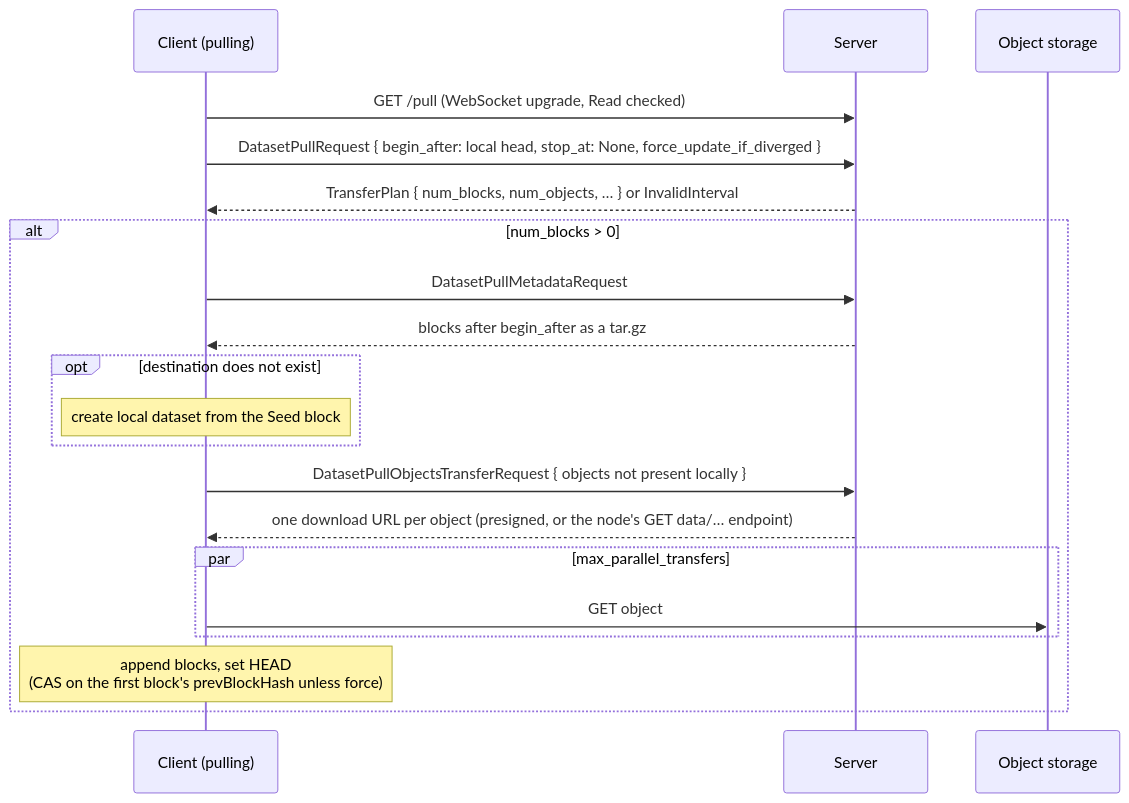
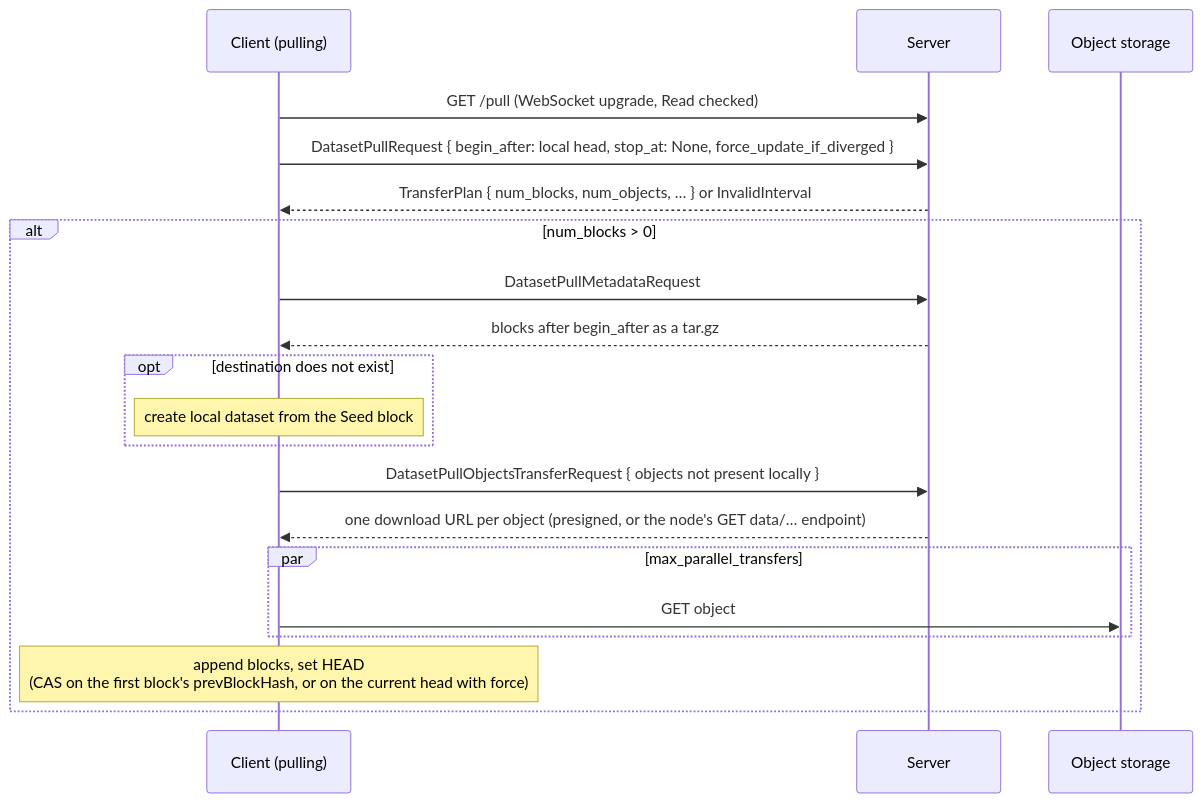
The second of 3 diagrams in docs/internal/dataset-sync.md (kamu-data/kamu-cli), drawn with Mermaid before and after one commit. The commit also changed other lines of this file and 36 other files, not shown here.

Commit message:
DS1.4: push ingest, set watermark and metadata batch append commit HEAD via DatasetHeadCommitter

````diff
--- a/docs/internal/dataset-sync.md
+++ b/docs/internal/dataset-sync.md
@@ -245,22 +248,22 @@
 ```mermaid
 sequenceDiagram
     participant C as Client (pulling)
     participant S as Server
     participant O as Object storage
     C->>S: GET /pull (WebSocket upgrade, Read checked)
     C->>S: DatasetPullRequest { begin_after: local head, stop_at: None, force_update_if_diverged }
     S-->>C: TransferPlan { num_blocks, num_objects, … } or InvalidInterval
     alt num_blocks > 0
         C->>S: DatasetPullMetadataRequest
         S-->>C: blocks after begin_after as a tar.gz
         opt destination does not exist
             Note over C: create local dataset from the Seed block
         end
         C->>S: DatasetPullObjectsTransferRequest { objects not present locally }
         S-->>C: one download URL per object (presigned, or the node's GET data/… endpoint)
         par max_parallel_transfers
             C->>O: GET object
         end
-        Note over C: append blocks, set HEAD<br/>(CAS on the first block's prevBlockHash unless force)
+        Note over C: append blocks, set HEAD<br/>(CAS on the first block's prevBlockHash, or on the current head with force)
     end
 ```
````
